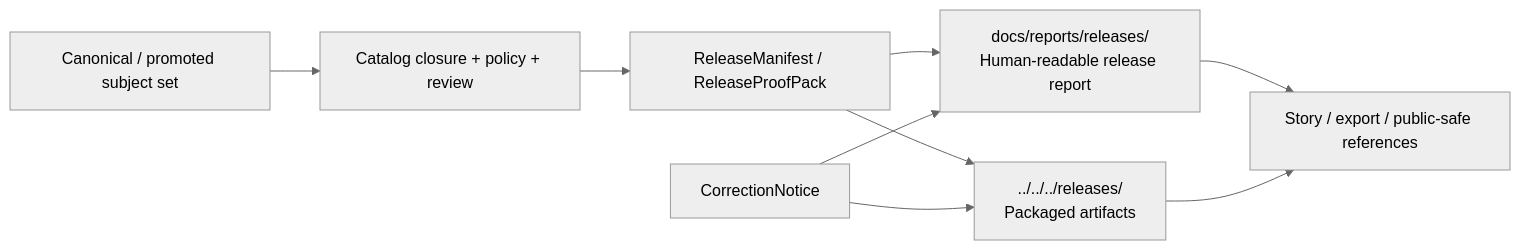
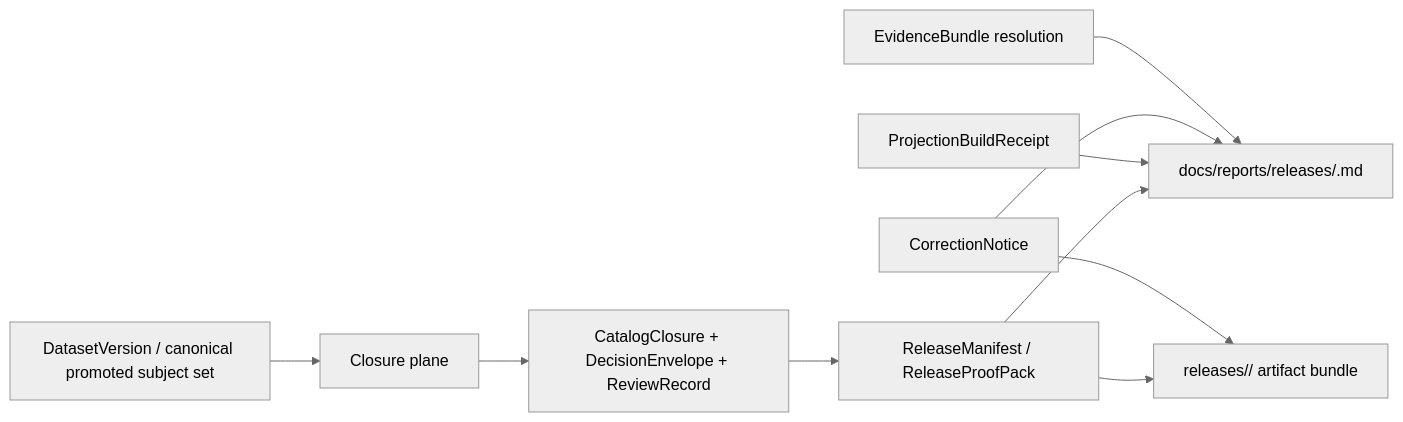
Before and after one commit to bartytime4life/Kansas-Frontier-Matrix: the diagram in docs/reports/releases/README.md, drawn with Mermaid (neutral theme). The commit also changed other lines of this file, not shown here.

First line of the commit message:
Revise release report README for clarity and accuracy

````diff
--- a/docs/reports/releases/README.md
+++ b/docs/reports/releases/README.md
@@ -254,11 +272,12 @@
 ```mermaid
 flowchart LR
-    A[Canonical / promoted subject set] --> B[Catalog closure + policy + review]
-    B --> C[ReleaseManifest / ReleaseProofPack]
-    C --> D[docs/reports/releases/\nHuman-readable release report]
-    C --> E[../../../releases/\nPackaged artifacts]
-    D --> F[Story / export / public-safe references]
-    E --> F
-    G[CorrectionNotice] --> D
-    G --> E
+    A[DatasetVersion / canonical promoted subject set] --> B[Closure plane]
+    B --> C[CatalogClosure + DecisionEnvelope + ReviewRecord]
+    C --> D[ReleaseManifest / ReleaseProofPack]
+    D --> E[docs/reports/releases/<report>.md]
+    D --> F[releases/<release-id>/ artifact bundle]
+    G[ProjectionBuildReceipt] --> E
+    H[CorrectionNotice] --> E
+    H --> F
+    I[EvidenceBundle resolution] --> E
 ```
````
